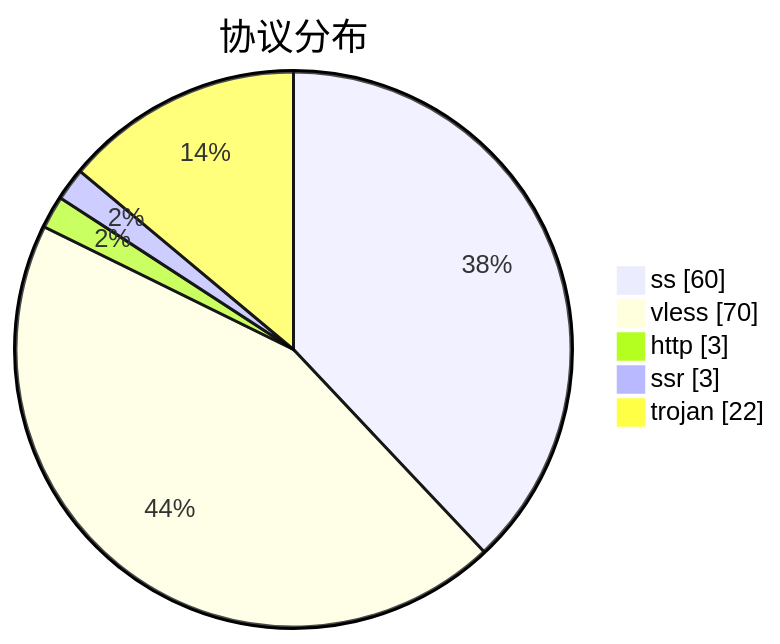
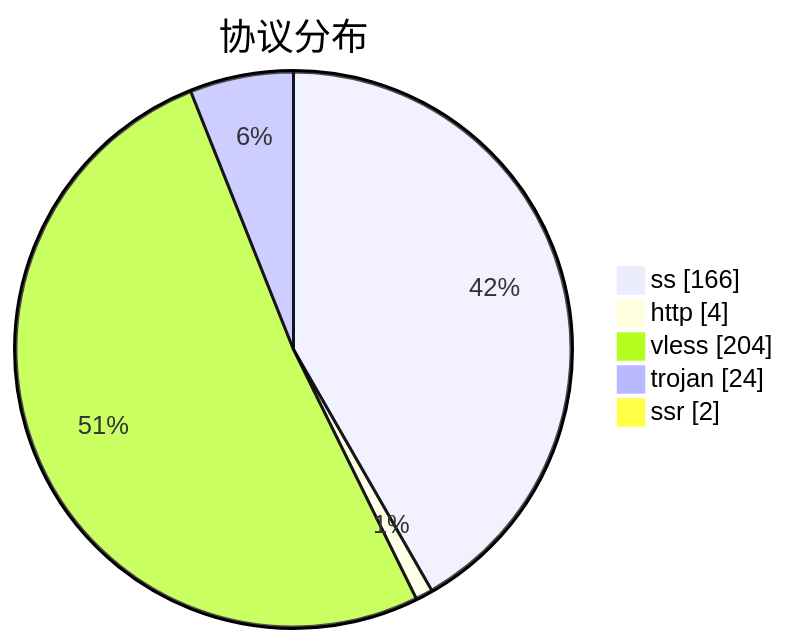
One commit to qjlxg/airport changed the third of 3 diagrams in subs/statistics/tested_within.md. Above: the diagram before and after it, drawn with Mermaid. The commit also changed other lines of this file and 2 other files, not shown here.

````diff
--- a/subs/statistics/tested_within.md
+++ b/subs/statistics/tested_within.md
@@ -18,9 +19,9 @@
 ```mermaid
 pie showData
 title 协议分布
-"ss" : 60
-"vless" : 70
-"http" : 3
-"ssr" : 3
-"trojan" : 22
+"ss" : 166
+"http" : 4
+"vless" : 204
+"trojan" : 24
+"ssr" : 2
 ```
````
